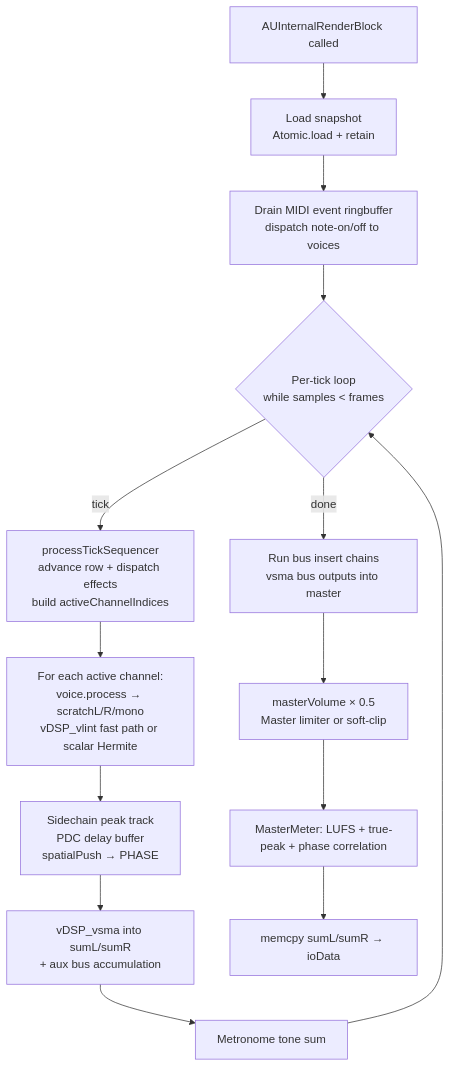
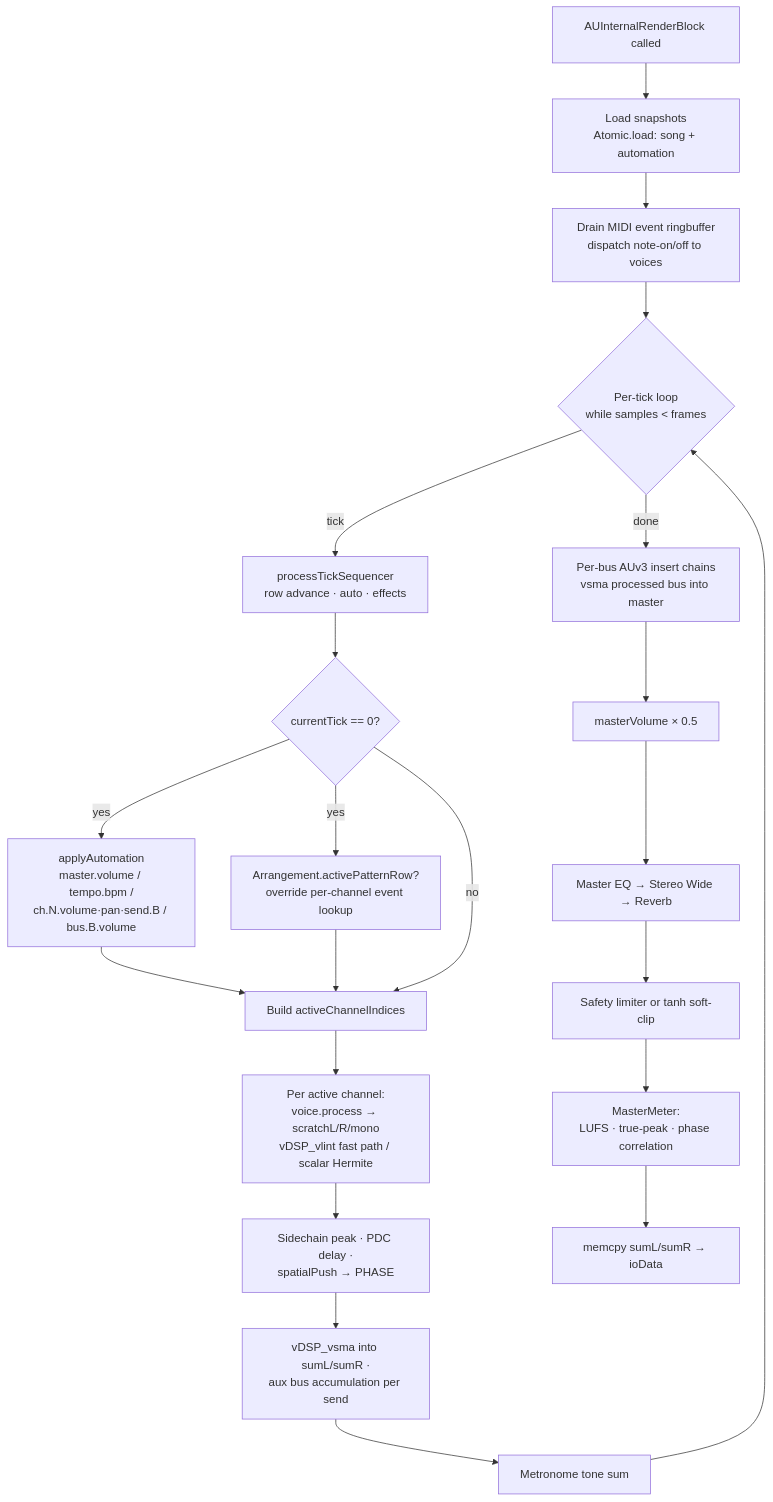
Before and after one commit to mstits/Tooot: the second of 7 diagrams in docs/ARCHITECTURE.md, drawn with Mermaid. The commit also changed other lines of this file and 4 other files, not shown here.

````diff
--- a/docs/ARCHITECTURE.md
+++ b/docs/ARCHITECTURE.md
@@ -50,16 +51,24 @@
 ```mermaid
 flowchart TD
-    A[AUInternalRenderBlock called] --> B[Load snapshot<br/>Atomic.load + retain]
+    A[AUInternalRenderBlock called] --> B[Load snapshots<br/>Atomic.load: song + automation]
     B --> C[Drain MIDI event ringbuffer<br/>dispatch note-on/off to voices]
     C --> D{Per-tick loop<br/>while samples < frames}
-    D -->|tick| E[processTickSequencer<br/>advance row + dispatch effects<br/>build activeChannelIndices]
-    E --> F[For each active channel:<br/>voice.process → scratchL/R/mono<br/>vDSP_vlint fast path or scalar Hermite]
-    F --> G[Sidechain peak track<br/>PDC delay buffer<br/>spatialPush → PHASE]
-    G --> H[vDSP_vsma into sumL/sumR<br/>+ aux bus accumulation]
-    H --> I[Metronome tone sum]
-    I --> D
-    D -->|done| J[Run bus insert chains<br/>vsma bus outputs into master]
-    J --> K[masterVolume × 0.5<br/>Master limiter or soft-clip]
-    K --> L[MasterMeter: LUFS + true-peak + phase correlation]
-    L --> M[memcpy sumL/sumR → ioData]
+    D -->|tick| E[processTickSequencer<br/>row advance · auto · effects]
+    E --> E1{currentTick == 0?}
+    E1 -->|yes| F1[applyAutomation<br/>master.volume / tempo.bpm /<br/>ch.N.volume·pan·send.B / bus.B.volume]
+    E1 -->|yes| F2[Arrangement.activePatternRow?<br/>override per-channel event lookup]
+    F1 --> F3[Build activeChannelIndices]
+    F2 --> F3
+    E1 -->|no| F3
+    F3 --> G[Per active channel:<br/>voice.process → scratchL/R/mono<br/>vDSP_vlint fast path / scalar Hermite]
+    G --> H[Sidechain peak · PDC delay ·<br/>spatialPush → PHASE]
+    H --> I[vDSP_vsma into sumL/sumR ·<br/>aux bus accumulation per send]
+    I --> J[Metronome tone sum]
+    J --> D
+    D -->|done| K[Per-bus AUv3 insert chains<br/>vsma processed bus into master]
+    K --> L[masterVolume × 0.5]
+    L --> M[Master EQ → Stereo Wide → Reverb]
+    M --> N[Safety limiter or tanh soft-clip]
+    N --> O[MasterMeter:<br/>LUFS · true-peak · phase correlation]
+    O --> P[memcpy sumL/sumR → ioData]
 ```
````
